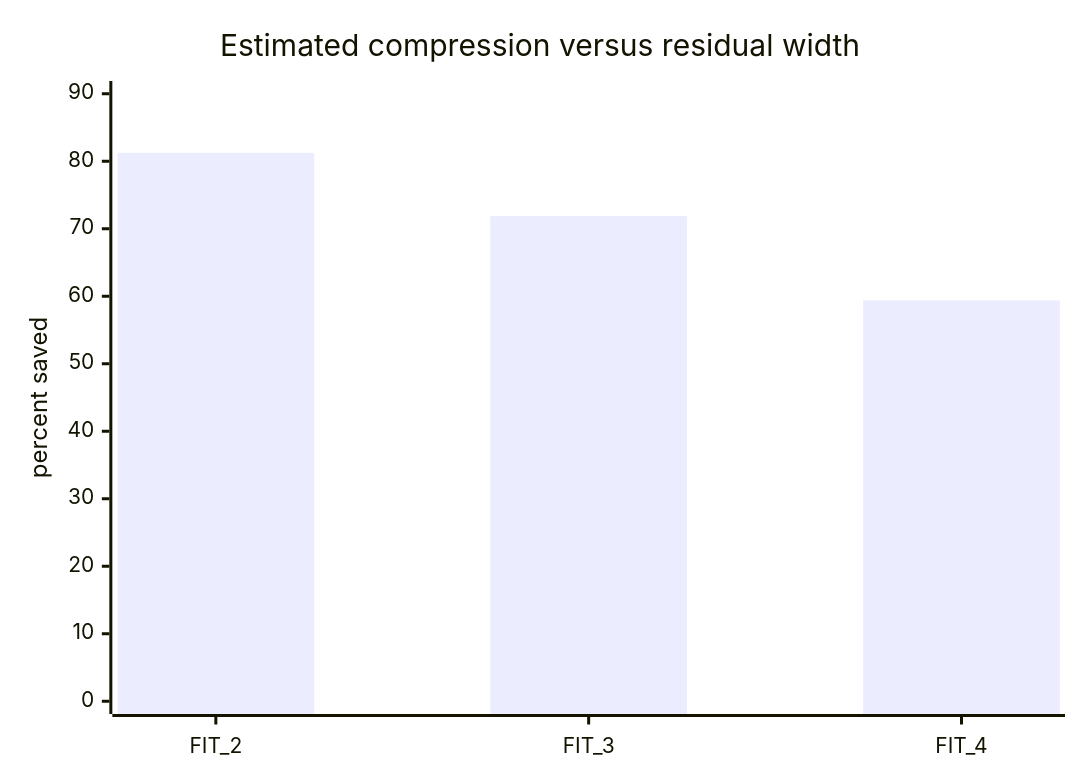
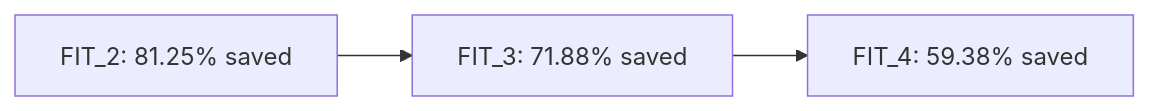
The fourth of 6 diagrams in docs/development/SWQ-RESEARCH-PAPER.md (adsazad/swq-llama.cpp), drawn with Mermaid before and after one commit. The commit also changed other lines of this file and 1 other file, not shown here.

````diff
--- a/docs/development/SWQ-RESEARCH-PAPER.md
+++ b/docs/development/SWQ-RESEARCH-PAPER.md
@@ -420,7 +420,5 @@
 ```mermaid
-xychart-beta
-    title "Estimated compression versus residual width"
-    x-axis [FIT_2, FIT_3, FIT_4]
-    y-axis "percent saved" 0 --> 90
-    bar [81.25, 71.88, 59.38]
+flowchart LR
+    A["FIT_2: 81.25% saved"] --> B["FIT_3: 71.88% saved"]
+    B --> C["FIT_4: 59.38% saved"]
 ```
````
